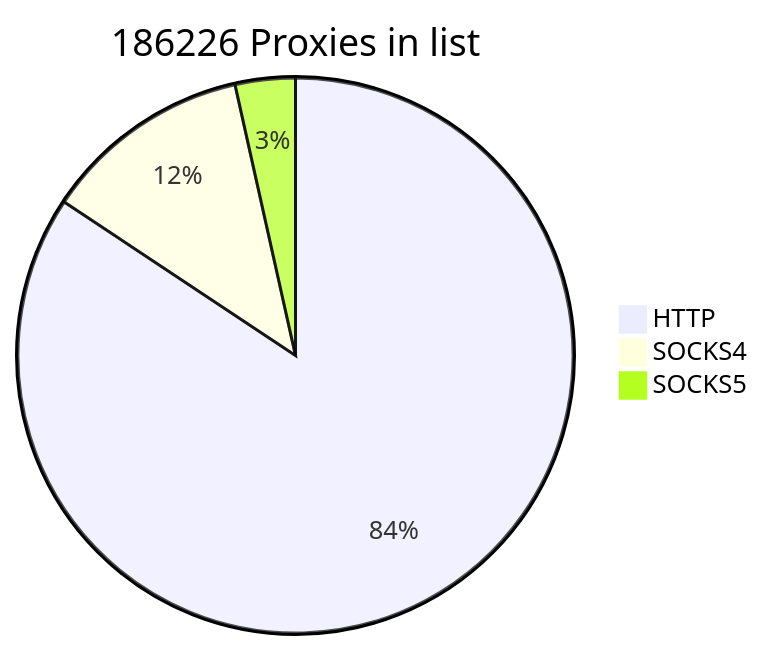
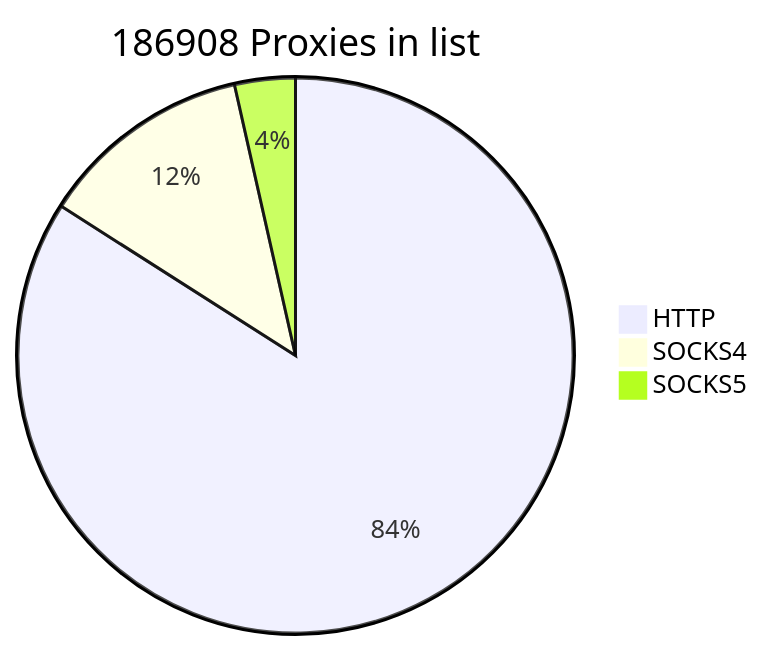
Before and after one commit to cutipu/proxylist: the first of 2 diagrams in README.md, drawn with Mermaid. The commit also changed other lines of this file, not shown here.

````diff
--- a/README.md
+++ b/README.md
@@ -2,7 +2,7 @@
 ```mermaid
-pie title 186226 Proxies in list
-    "HTTP" : 157043
-    "SOCKS4" : 22671
-    "SOCKS5" : 6512
+pie title 186908 Proxies in list
+    "HTTP" : 157062
+    "SOCKS4" : 23252
+    "SOCKS5" : 6594
             
 ```
````
